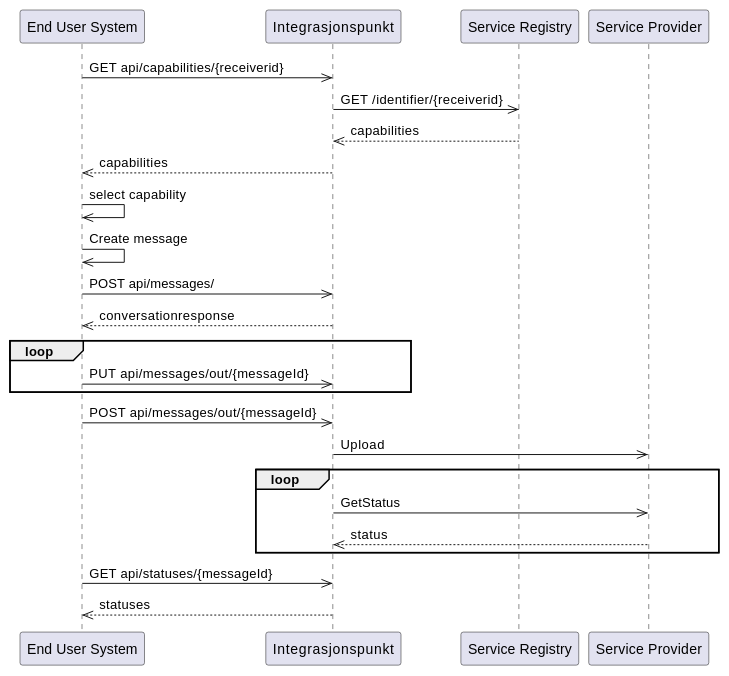
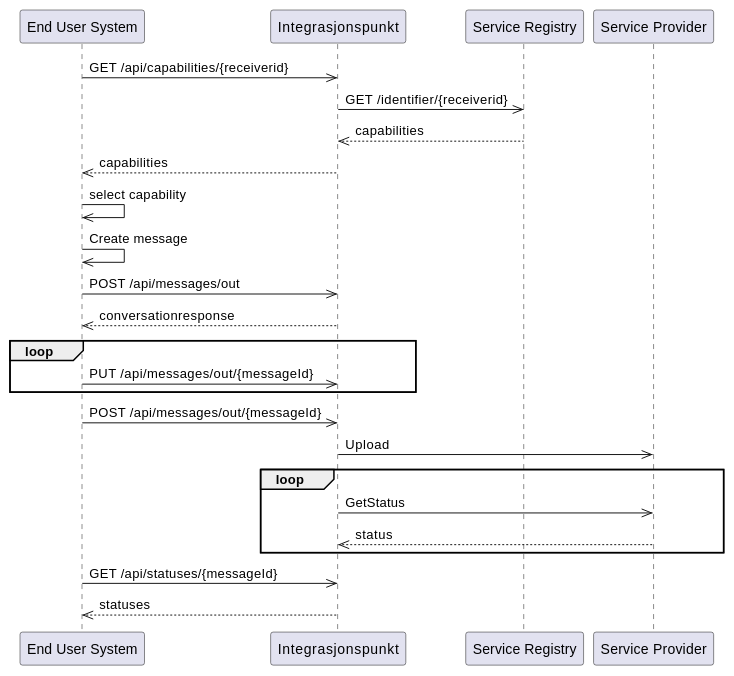
Before and after one commit to felleslosninger/efm-integrasjonspunkt: the diagram in integrasjonspunkt/src/main/asciidoc/messages-out.adoc, drawn with PlantUML.

Commit message:
MOVE-1543 Correcting diagram

```diff
--- a/integrasjonspunkt/src/main/asciidoc/messages-out.adoc
+++ b/integrasjonspunkt/src/main/asciidoc/messages-out.adoc
@@ -3,31 +3,31 @@
 [plantuml,create-message,png]
 ....
     participant "End User System" as fs
     participant Integrasjonspunkt as ip
     participant "Service Registry" as sr
     participant "Service Provider" as mf
 
-    fs->>ip: GET api/capabilities/{receiverid}
+    fs->>ip: GET /api/capabilities/{receiverid}
 
     ip->>sr: GET /identifier/{receiverid}
     sr-->>ip: capabilities
 
     ip-->>fs: capabilities
     fs->>fs: select capability
     fs->>fs: Create message
-    fs->>ip: POST api/messages/
+    fs->>ip: POST /api/messages/out
     ip-->>fs: conversationresponse
     loop
-    fs->>ip: PUT api/messages/out/{messageId}
+    fs->>ip: PUT /api/messages/out/{messageId}
     end
-    fs->>ip: POST api/messages/out/{messageId}
+    fs->>ip: POST /api/messages/out/{messageId}
 
     ip->>mf: Upload
     loop
         ip->>mf: GetStatus
         mf-->>ip: status
     end
 
-    fs->>ip: GET api/statuses/{messageId}
+    fs->>ip: GET /api/statuses/{messageId}
     ip-->>fs: statuses
 ....
```
